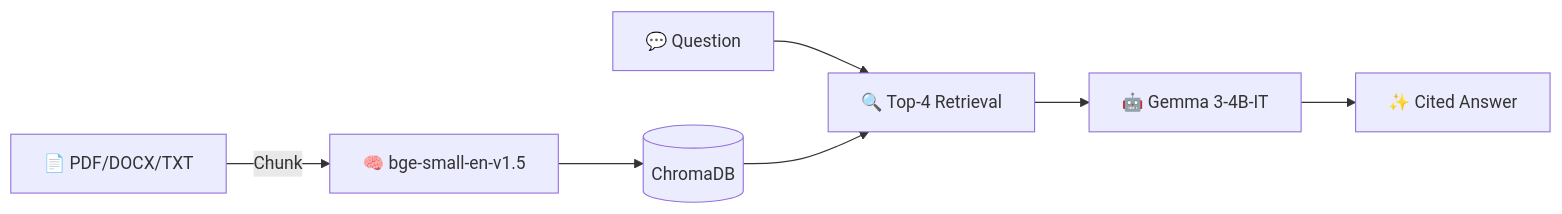
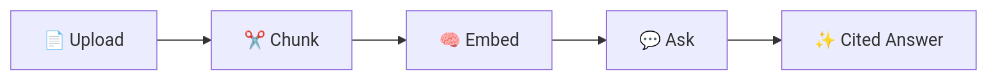
Before and after one commit to pkgprateek/rag-document-qa-workflow: the diagram in README-HF.md, drawn with Mermaid. The commit also changed other lines of this file and 2 other files, not shown here.

Commit message:
docs: overhaul READMEs for GitHub and HuggingFace - Restructure GitHub README with hero section, production checklist, architecture diagram - Refresh HuggingFace README for user onboarding flow - Add docs/DESIGN_DECISIONS.md (slim table format)

````diff
--- a/README-HF.md
+++ b/README-HF.md
@@ -25,9 +25,7 @@
 ```mermaid
 graph LR
-    A[📄 PDF/DOCX/TXT] -->|Chunk| B[🧠 bge-small-en-v1.5]
-    B --> C[(ChromaDB)]
-    D[💬 Question] --> E[🔍 Top-4 Retrieval]
-    C --> E
-    E --> F[🤖 Gemma 3-4B-IT]
-    F --> G[✨ Cited Answer]
+    A["📄 Upload"] --> B["✂️ Chunk"]
+    B --> C["🧠 Embed"]
+    C --> D["💬 Ask"]
+    D --> E["✨ Cited Answer"]
 ```
````
